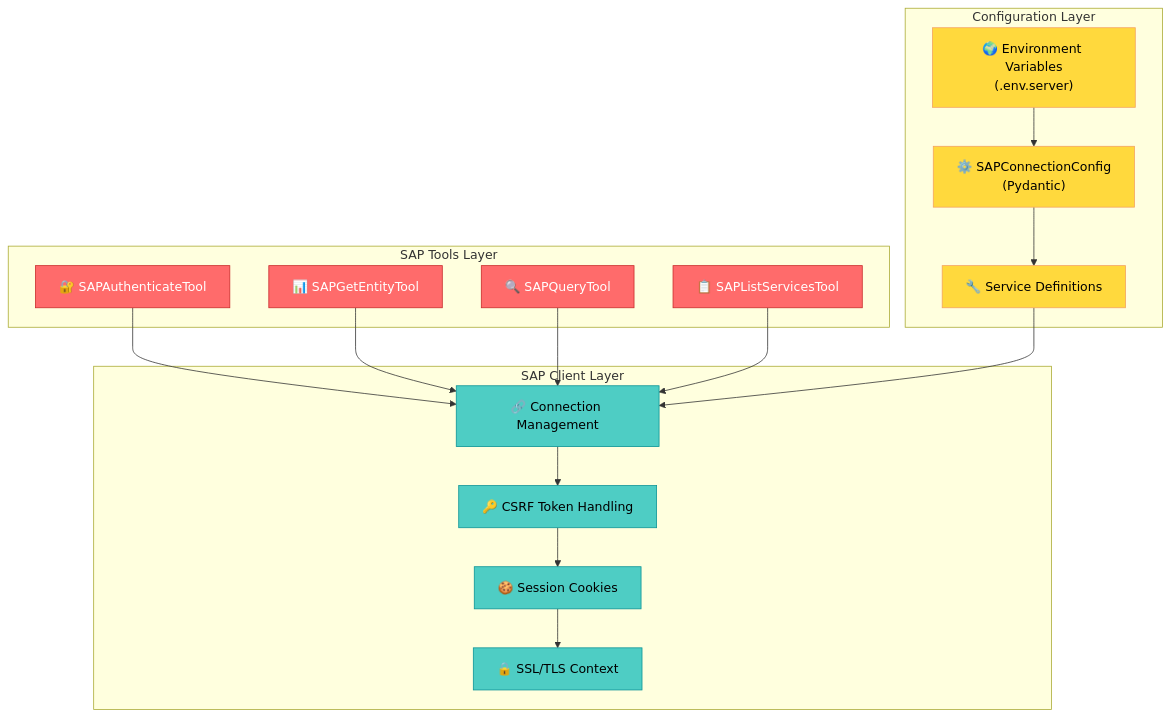
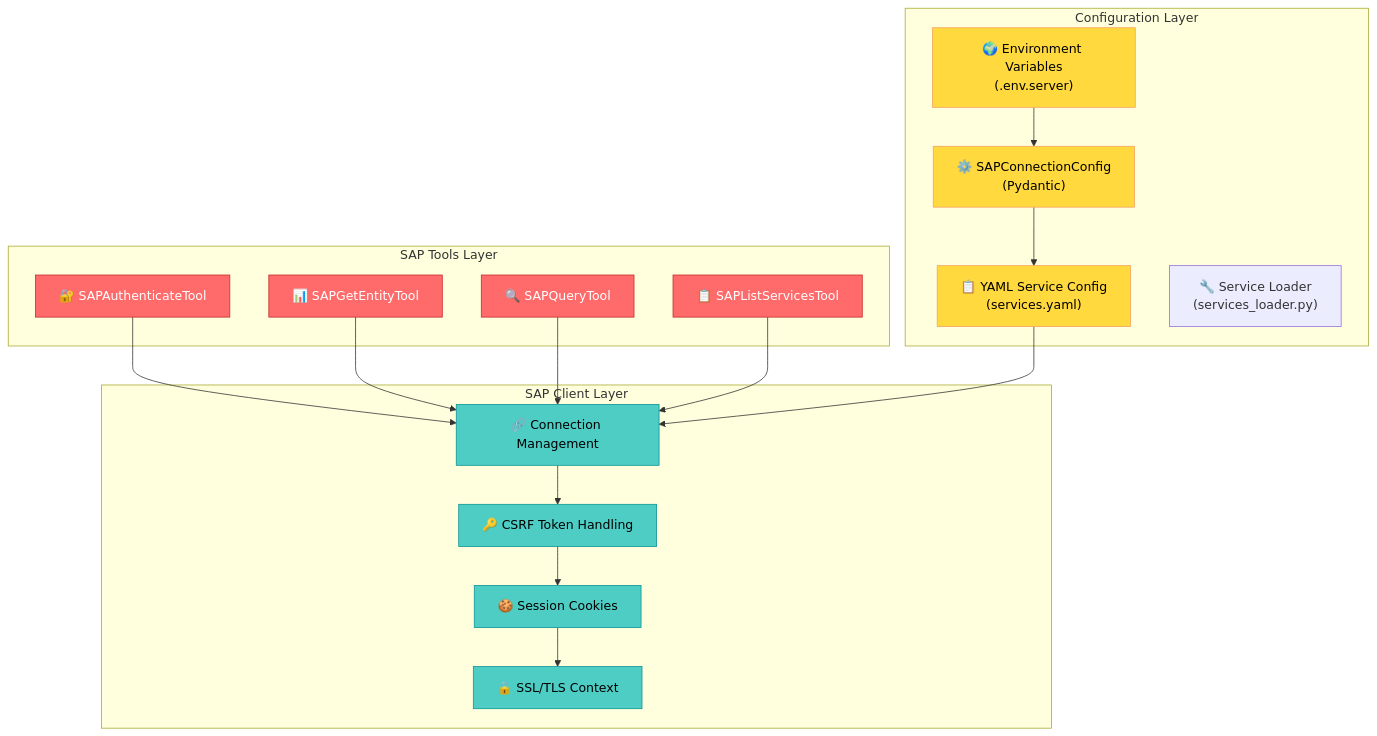
Before and after one commit to midasol/sap-mcp-server: the third of 13 diagrams in sap-mcp-server/ARCHITECTURE.md, drawn with Mermaid. The commit also changed other lines of this file and 16 other files, not shown here.

````diff
--- a/sap-mcp-server/ARCHITECTURE.md
+++ b/sap-mcp-server/ARCHITECTURE.md
@@ -137,47 +137,48 @@
 ```mermaid
 graph TB
     subgraph "SAP Tools Layer"
         A1["🔐 SAPAuthenticateTool"]
         A2["📊 SAPGetEntityTool"]
         A3["🔍 SAPQueryTool"]
         A4["📋 SAPListServicesTool"]
     end
 
     subgraph "SAP Client Layer"
         B1["🔗 Connection Management"]
         B2["🔑 CSRF Token Handling"]
         B3["🍪 Session Cookies"]
         B4["🔒 SSL/TLS Context"]
     end
 
     subgraph "Configuration Layer"
         C1["🌍 Environment Variables<br/>(.env.server)"]
         C2["⚙️ SAPConnectionConfig<br/>(Pydantic)"]
-        C3["🔧 Service Definitions"]
+        C3["📋 YAML Service Config<br/>(services.yaml)"]
+        C4["🔧 Service Loader<br/>(services_loader.py)"]
     end
 
     A1 --> B1
     A2 --> B1
     A3 --> B1
     A4 --> B1
 
     B1 --> B2
     B2 --> B3
     B3 --> B4
 
     C1 --> C2
     C2 --> C3
     C3 --> B1
 
     style A1 fill:#FF6B6B,stroke:#C92A2A,color:#FFF
     style A2 fill:#FF6B6B,stroke:#C92A2A,color:#FFF
     style A3 fill:#FF6B6B,stroke:#C92A2A,color:#FFF
     style A4 fill:#FF6B6B,stroke:#C92A2A,color:#FFF
     style B1 fill:#4ECDC4,stroke:#0A9396,color:#000
     style B2 fill:#4ECDC4,stroke:#0A9396,color:#000
     style B3 fill:#4ECDC4,stroke:#0A9396,color:#000
     style B4 fill:#4ECDC4,stroke:#0A9396,color:#000
     style C1 fill:#FFD93D,stroke:#F4A261,color:#000
     style C2 fill:#FFD93D,stroke:#F4A261,color:#000
     style C3 fill:#FFD93D,stroke:#F4A261,color:#000
 ```
````
